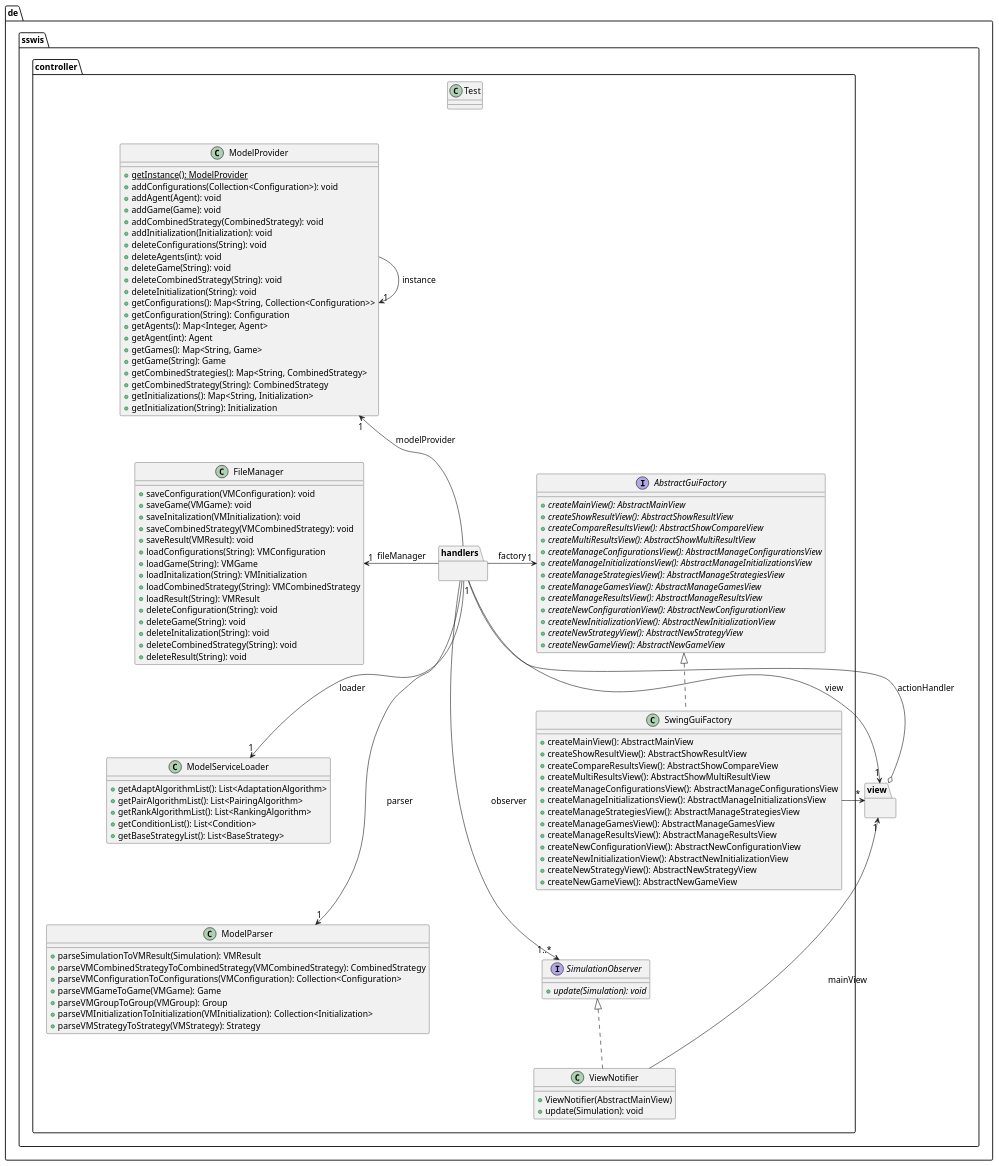
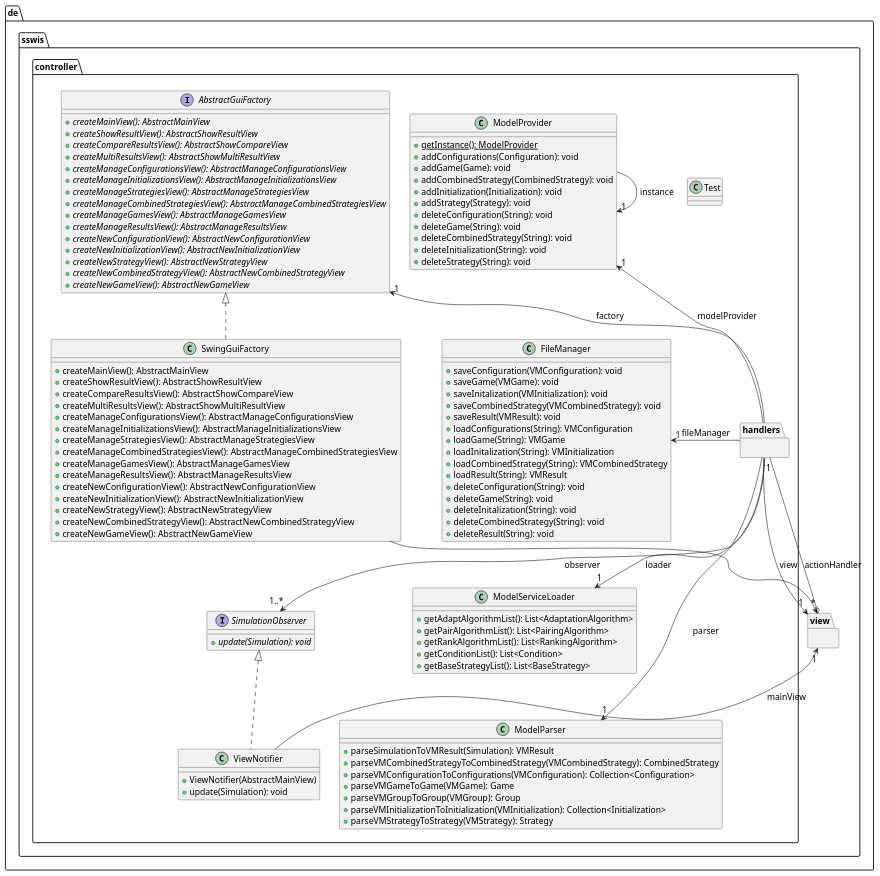
Before and after one commit to max-97/pse: the diagram in Entwurf/Diagramme/Controller_package.puml, drawn with PlantUML. The commit also changed 8 other files, not shown here.

Commit message:
Nummerierung angepasst, Änderung in Diagramm

```diff
--- a/Entwurf/Diagramme/Controller_package.puml
+++ b/Entwurf/Diagramme/Controller_package.puml
@@ -1,158 +1,152 @@
 @startuml
 skinparam defaultFontSize 15
 
     namespace de.sswis.view {
 
     }
 
     namespace de.sswis.controller {
 
 
         namespace de.sswis.controller.handlers {
         }
         together {
 
             class de.sswis.controller.ModelServiceLoader [[ModelServiceLoader.html]] {
                         +getAdaptAlgorithmList(): List<AdaptationAlgorithm>
                         +getPairAlgorithmList(): List<PairingAlgorithm>
                         +getRankAlgorithmList(): List<RankingAlgorithm>
                         +getConditionList(): List<Condition>
                         +getBaseStrategyList(): List<BaseStrategy>
                     }
 
             class de.sswis.controller.ModelParser [[ModelParser.html]] {
                         +parseSimulationToVMResult(Simulation): VMResult
                         +parseVMCombinedStrategyToCombinedStrategy(VMCombinedStrategy): CombinedStrategy
                         +parseVMConfigurationToConfigurations(VMConfiguration): Collection<Configuration>
                         +parseVMGameToGame(VMGame): Game
                         +parseVMGroupToGroup(VMGroup): Group
                         +parseVMInitializationToInitialization(VMInitialization): Collection<Initialization>
                         +parseVMStrategyToStrategy(VMStrategy): Strategy
                     }
 
             class de.sswis.controller.FileManager [[FileManager.html]] {
                 +saveConfiguration(VMConfiguration): void
                 +saveGame(VMGame): void
                 +saveInitalization(VMInitialization): void
                 +saveCombinedStrategy(VMCombinedStrategy): void
                 +saveResult(VMResult): void
                 +loadConfigurations(String): VMConfiguration
                 +loadGame(String): VMGame
                 +loadInitalization(String): VMInitialization
                 +loadCombinedStrategy(String): VMCombinedStrategy
                 +loadResult(String): VMResult
                 +deleteConfiguration(String): void
                 +deleteGame(String): void
                 +deleteInitalization(String): void
                 +deleteCombinedStrategy(String): void
                 +deleteResult(String): void
             }
 
             class de.sswis.controller.ModelProvider [[ModelProvider.html]] {
                 {static} +getInstance(): ModelProvider
-                +addConfigurations(Collection<Configuration>): void
-                +addAgent(Agent): void
-                +addGame(Game): void
-                +addCombinedStrategy(CombinedStrategy): void
-                +addInitialization(Initialization): void
-                +deleteConfigurations(String): void
-                +deleteAgents(int): void
-                +deleteGame(String): void
-                +deleteCombinedStrategy(String): void
-                +deleteInitialization(String): void
-                +getConfigurations(): Map<String, Collection<Configuration>>
-                +getConfiguration(String): Configuration
-                +getAgents(): Map<Integer, Agent>
-                +getAgent(int): Agent
-                +getGames(): Map<String, Game>
-                +getGame(String): Game
-                +getCombinedStrategies(): Map<String, CombinedStrategy>
-                +getCombinedStrategy(String): CombinedStrategy
-                +getInitializations(): Map<String, Initialization>
-                +getInitialization(String): Initialization
-            }
+                        +addConfigurations(Configuration): void
+                        +addGame(Game): void
+                        +addCombinedStrategy(CombinedStrategy): void
+                        +addInitialization(Initialization): void
+                        +addStrategy(Strategy): void
+                        +deleteConfiguration(String): void
+                        +deleteGame(String): void
+                        +deleteCombinedStrategy(String): void
+                        +deleteInitialization(String): void
+                        +deleteStrategy(String): void
+
         }
 
         together {
             interface de.sswis.controller.AbstractGuiFactory [[AbstractGuiFactory.html]] {
                 {abstract} +createMainView(): AbstractMainView
-                {abstract} +createShowResultView(): AbstractShowResultView
-                {abstract} +createCompareResultsView(): AbstractShowCompareView
-                {abstract} +createMultiResultsView(): AbstractShowMultiResultView
-                {abstract} +createManageConfigurationsView(): AbstractManageConfigurationsView
-                {abstract} +createManageInitializationsView(): AbstractManageInitializationsView
-                {abstract} +createManageStrategiesView(): AbstractManageStrategiesView
-                {abstract} +createManageGamesView(): AbstractManageGamesView
-                {abstract} +createManageResultsView(): AbstractManageResultsView
-                {abstract} +createNewConfigurationView(): AbstractNewConfigurationView
-                {abstract} +createNewInitializationView(): AbstractNewInitializationView
-                {abstract} +createNewStrategyView(): AbstractNewStrategyView
-                {abstract} +createNewGameView(): AbstractNewGameView
-            }
+                        {abstract} +createShowResultView(): AbstractShowResultView
+                        {abstract} +createCompareResultsView(): AbstractShowCompareView
+                        {abstract} +createMultiResultsView(): AbstractShowMultiResultView
+                        {abstract} +createManageConfigurationsView(): AbstractManageConfigurationsView
+                        {abstract} +createManageInitializationsView(): AbstractManageInitializationsView
+                        {abstract} +createManageStrategiesView(): AbstractManageStrategiesView
+                        {abstract} +createManageCombinedStrategiesView(): AbstractManageCombinedStrategiesView
+                        {abstract} +createManageGamesView(): AbstractManageGamesView
+                        {abstract} +createManageResultsView(): AbstractManageResultsView
+                        {abstract} +createNewConfigurationView(): AbstractNewConfigurationView
+                        {abstract} +createNewInitializationView(): AbstractNewInitializationView
+                        {abstract} +createNewStrategyView(): AbstractNewStrategyView
+                        {abstract} +createNewCombinedStrategyView(): AbstractNewCombinedStrategyView
+                        {abstract} +createNewGameView(): AbstractNewGameView
+                    }
 
             class de.sswis.controller.SwingGuiFactory [[SwingGuiFactory.html]] {
                 +createMainView(): AbstractMainView
-                +createShowResultView(): AbstractShowResultView
-                +createCompareResultsView(): AbstractShowCompareView
-                +createMultiResultsView(): AbstractShowMultiResultView
-                +createManageConfigurationsView(): AbstractManageConfigurationsView
-                +createManageInitializationsView(): AbstractManageInitializationsView
-                +createManageStrategiesView(): AbstractManageStrategiesView
-                +createManageGamesView(): AbstractManageGamesView
-                +createManageResultsView(): AbstractManageResultsView
-                +createNewConfigurationView(): AbstractNewConfigurationView
-                +createNewInitializationView(): AbstractNewInitializationView
-                +createNewStrategyView(): AbstractNewStrategyView
-                +createNewGameView(): AbstractNewGameView
-            }
+                        +createShowResultView(): AbstractShowResultView
+                        +createCompareResultsView(): AbstractShowCompareView
+                        +createMultiResultsView(): AbstractShowMultiResultView
+                        +createManageConfigurationsView(): AbstractManageConfigurationsView
+                        +createManageInitializationsView(): AbstractManageInitializationsView
+                        +createManageStrategiesView(): AbstractManageStrategiesView
+                        +createManageCombinedStrategiesView(): AbstractManageCombinedStrategiesView
+                        +createManageGamesView(): AbstractManageGamesView
+                        +createManageResultsView(): AbstractManageResultsView
+                        +createNewConfigurationView(): AbstractNewConfigurationView
+                        +createNewInitializationView(): AbstractNewInitializationView
+                        +createNewStrategyView(): AbstractNewStrategyView
+                        +createNewCombinedStrategyView(): AbstractNewCombinedStrategyView
+                        +createNewGameView(): AbstractNewGameView
+                    }
 
         }
 
         together {
 
             interface de.sswis.controller.SimulationObserver [[SimulationObserver.html]] {
                         {abstract} +update(Simulation): void
             }
 
             class de.sswis.controller.ViewNotifier [[ViewNotifier.html]] {
                         +ViewNotifier(AbstractMainView)
                         +update(Simulation): void
             }
 
         }
 
 
         de.sswis.controller.Test -[hidden]--> de.sswis.controller.handlers
         hide de.sswis.controller.Test
 
         de.sswis.controller.ModelProvider -[hidden]-> de.sswis.controller.FileManager
         de.sswis.controller.ModelProvider -[hidden]> de.sswis.controller.handlers
         de.sswis.controller.ModelProvider -[hidden]--> de.sswis.controller.handlers
         de.sswis.controller.ModelProvider -[hidden]--> de.sswis.controller.ModelParser
         de.sswis.controller.FileManager -[hidden]-> de.sswis.controller.ModelServiceLoader
         de.sswis.controller.FileManager -[hidden]> de.sswis.controller.handlers
         de.sswis.controller.ModelServiceLoader -[hidden]> de.sswis.controller.handlers
         de.sswis.controller.ModelServiceLoader -[hidden]-> de.sswis.controller.ModelParser
 
         de.sswis.controller.handlers -[hidden]> de.sswis.controller.AbstractGuiFactory
         de.sswis.controller.handlers -[hidden]> de.sswis.controller.SimulationObserver
         de.sswis.controller.ModelParser -[hidden]> de.sswis.controller.handlers
 
         de.sswis.controller.SwingGuiFactory -[hidden]-> de.sswis.controller.SimulationObserver
 
         de.sswis.view o-- "1" de.sswis.controller.handlers : actionHandler
         de.sswis.controller.handlers --> "1" de.sswis.view : view
         de.sswis.controller.handlers --> "1" de.sswis.controller.AbstractGuiFactory : factory
         de.sswis.controller.handlers -> "1" de.sswis.controller.FileManager :fileManager
         de.sswis.controller.handlers -> "1" de.sswis.controller.ModelServiceLoader : loader
         de.sswis.controller.handlers --> "1" de.sswis.controller.ModelProvider : modelProvider
         de.sswis.controller.handlers --> "1..*" de.sswis.controller.SimulationObserver : observer
         de.sswis.controller.handlers -> "1" de.sswis.controller.ModelParser : parser
         de.sswis.controller.ModelProvider -> "1" de.sswis.controller.ModelProvider: instance
         de.sswis.controller.SwingGuiFactory -> "*" de.sswis.view
         de.sswis.controller.ViewNotifier -> "1" de.sswis.view : mainView
         de.sswis.controller.AbstractGuiFactory <|.. de.sswis.controller.SwingGuiFactory
         de.sswis.controller.SimulationObserver <|.. de.sswis.controller.ViewNotifier
     }
 
 @enduml
```
